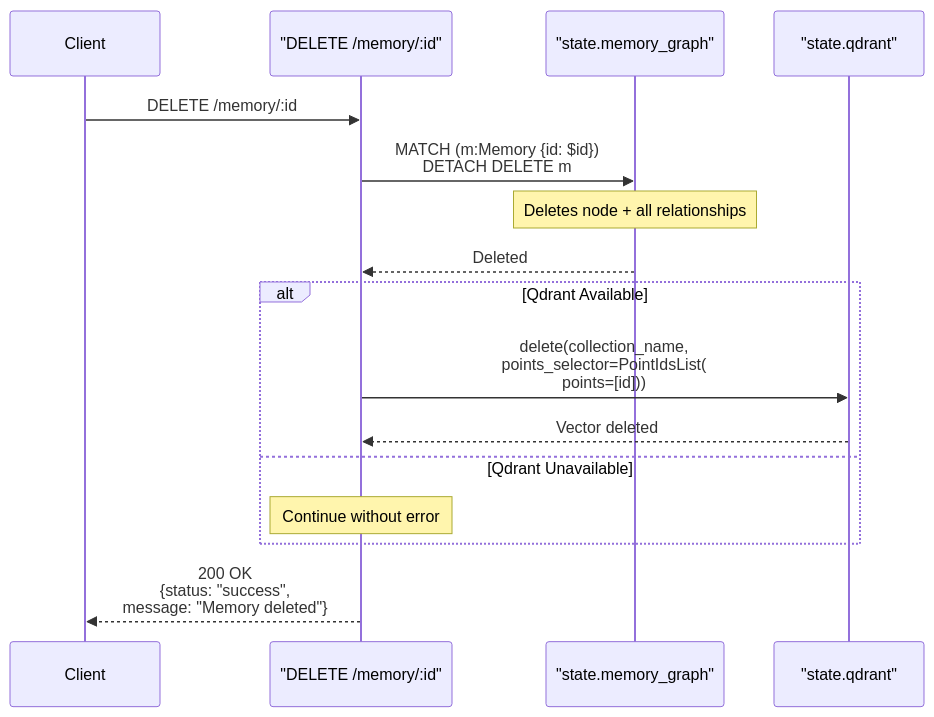
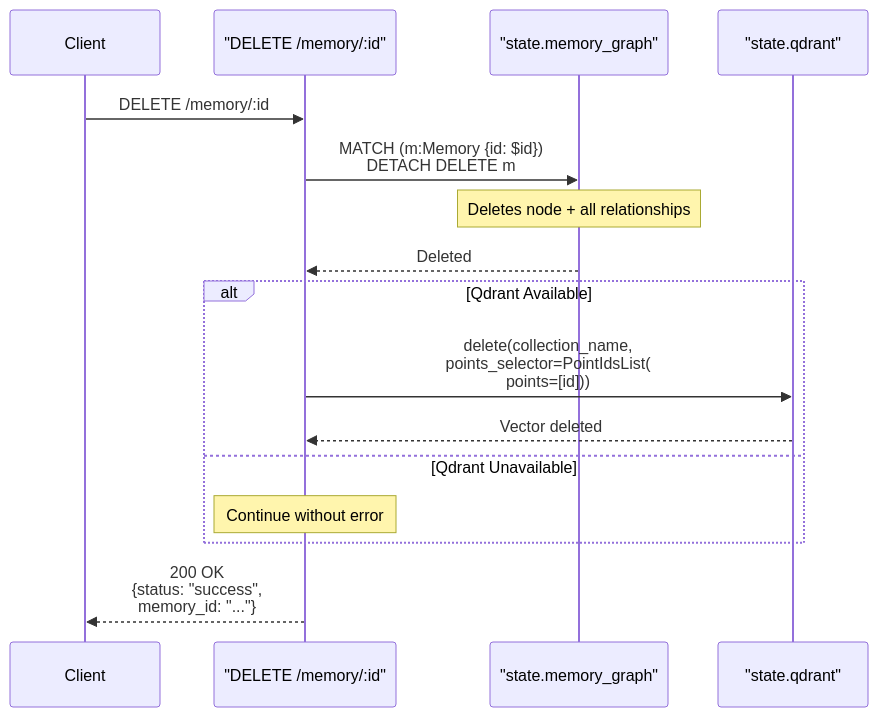
Before and after one commit to verygoodplugins/automem-website: the fourth of 4 diagrams in src/content/docs/docs/reference/api/memory-operations.md, drawn with Mermaid. The commit also changed other lines of this file, not shown here.

First line of the commit message:
docs: fix drift in Memory Operations API (#145)

````diff
--- a/src/content/docs/docs/reference/api/memory-operations.md
+++ b/src/content/docs/docs/reference/api/memory-operations.md
@@ -548,22 +550,22 @@
 ```mermaid
 sequenceDiagram
     participant Client
     participant DELETE_endpoint as "DELETE /memory/:id"
     participant Graph as "state.memory_graph"
     participant Qdrant as "state.qdrant"
 
     Client->>DELETE_endpoint: DELETE /memory/:id
 
     DELETE_endpoint->>Graph: MATCH (m:Memory {id: $id})<br/>DETACH DELETE m
     Note over Graph: Deletes node + all relationships
     Graph-->>DELETE_endpoint: Deleted
 
     alt Qdrant Available
         DELETE_endpoint->>Qdrant: delete(collection_name,<br/>points_selector=PointIdsList(<br/>points=[id]))
         Qdrant-->>DELETE_endpoint: Vector deleted
     else Qdrant Unavailable
         Note over DELETE_endpoint: Continue without error
     end
 
-    DELETE_endpoint-->>Client: 200 OK<br/>{status: "success",<br/>message: "Memory deleted"}
+    DELETE_endpoint-->>Client: 200 OK<br/>{status: "success",<br/>memory_id: "..."}
 ```
````
